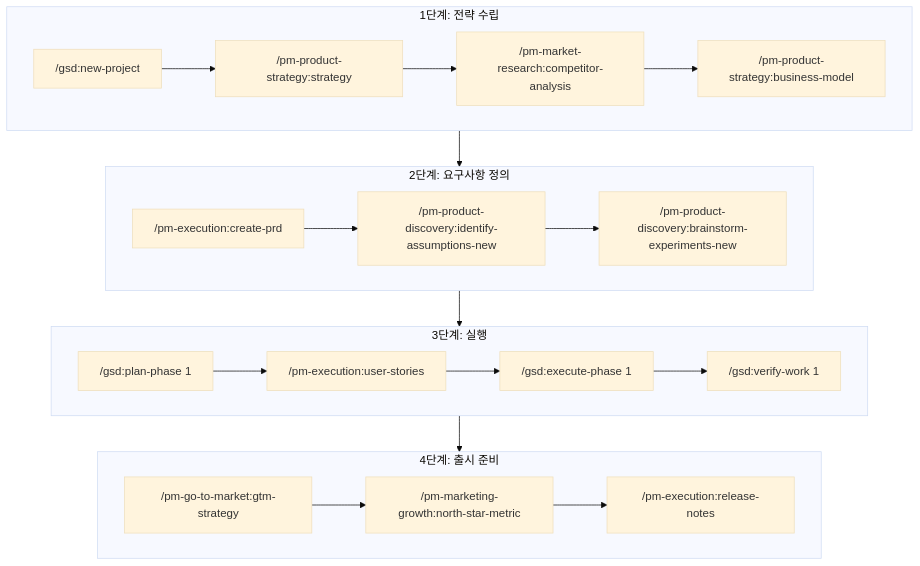
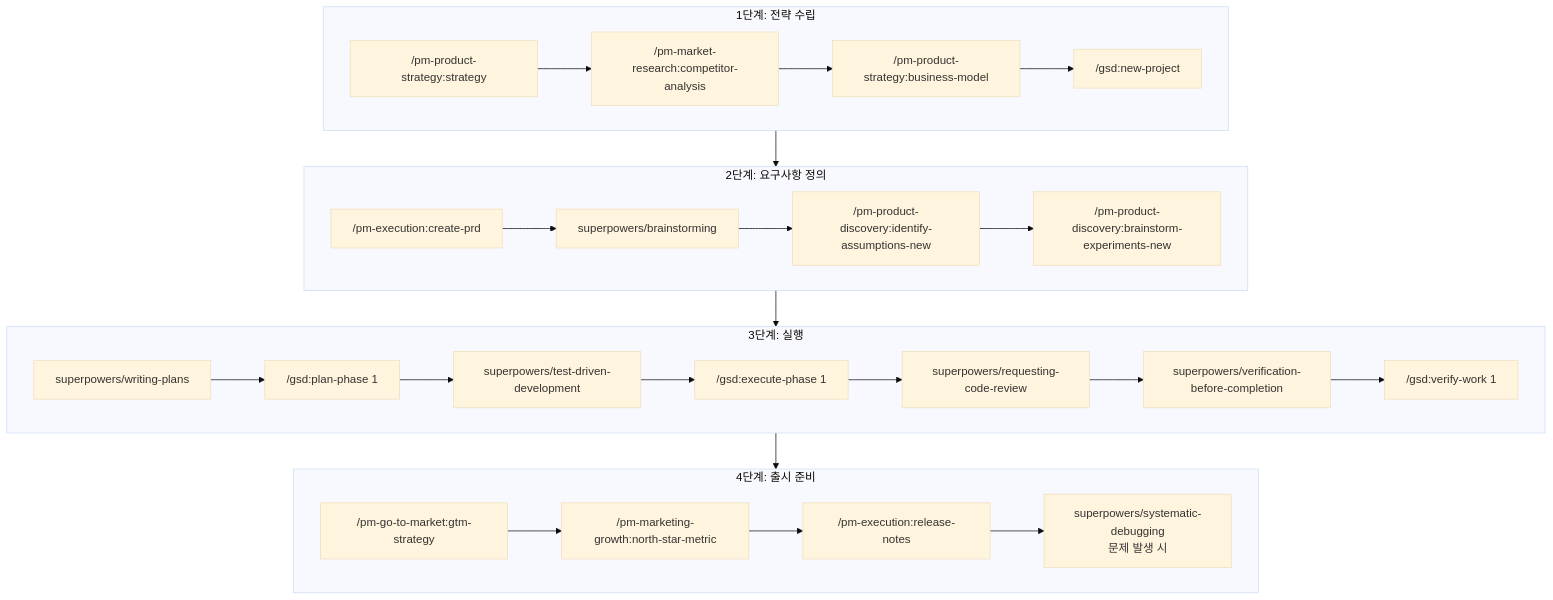
One commit to gyuha/gyuha.github.io changed the sixth of 7 diagrams in content/post/2026/03/2026-03-19-gsd-pm-skills-superpowers-combo.md. Above: the diagram before and after it, drawn with Mermaid (base theme). The commit also changed other lines of this file and 16 other files, not shown here.

````diff
--- a/content/post/2026/03/2026-03-19-gsd-pm-skills-superpowers-combo.md
+++ b/content/post/2026/03/2026-03-19-gsd-pm-skills-superpowers-combo.md
@@ -366,28 +377,33 @@
 ```mermaid
 flowchart TD
     subgraph Phase1["1단계: 전략 수립"]
-        A1["/gsd:new-project"] --> A2["/pm-product-strategy:strategy"]
-        A2 --> A3["/pm-market-research:competitor-analysis"]
-        A3 --> A4["/pm-product-strategy:business-model"]
+        A1["/pm-product-strategy:strategy"] --> A2["/pm-market-research:competitor-analysis"]
+        A2 --> A3["/pm-product-strategy:business-model"]
+        A3 --> A4["/gsd:new-project"]
     end
 
     subgraph Phase2["2단계: 요구사항 정의"]
-        B1["/pm-execution:create-prd"] --> B2["/pm-product-discovery:identify-assumptions-new"]
-        B2 --> B3["/pm-product-discovery:brainstorm-experiments-new"]
+        B1["/pm-execution:create-prd"] --> B2["superpowers/brainstorming"]
+        B2 --> B3["/pm-product-discovery:identify-assumptions-new"]
+        B3 --> B4["/pm-product-discovery:brainstorm-experiments-new"]
     end
 
     subgraph Phase3["3단계: 실행"]
-        C1["/gsd:plan-phase 1"] --> C2["/pm-execution:user-stories"]
-        C2 --> C3["/gsd:execute-phase 1"]
-        C3 --> C4["/gsd:verify-work 1"]
+        C1["superpowers/writing-plans"] --> C2["/gsd:plan-phase 1"]
+        C2 --> C3["superpowers/test-driven-development"]
+        C3 --> C4["/gsd:execute-phase 1"]
+        C4 --> C5["superpowers/requesting-code-review"]
+        C5 --> C6["superpowers/verification-before-completion"]
+        C6 --> C7["/gsd:verify-work 1"]
     end
 
     subgraph Phase4["4단계: 출시 준비"]
         D1["/pm-go-to-market:gtm-strategy"] --> D2["/pm-marketing-growth:north-star-metric"]
         D2 --> D3["/pm-execution:release-notes"]
+        D3 --> D4["superpowers/systematic-debugging<br>문제 발생 시"]
     end
 
     Phase1 --> Phase2
     Phase2 --> Phase3
     Phase3 --> Phase4
 ```
````
